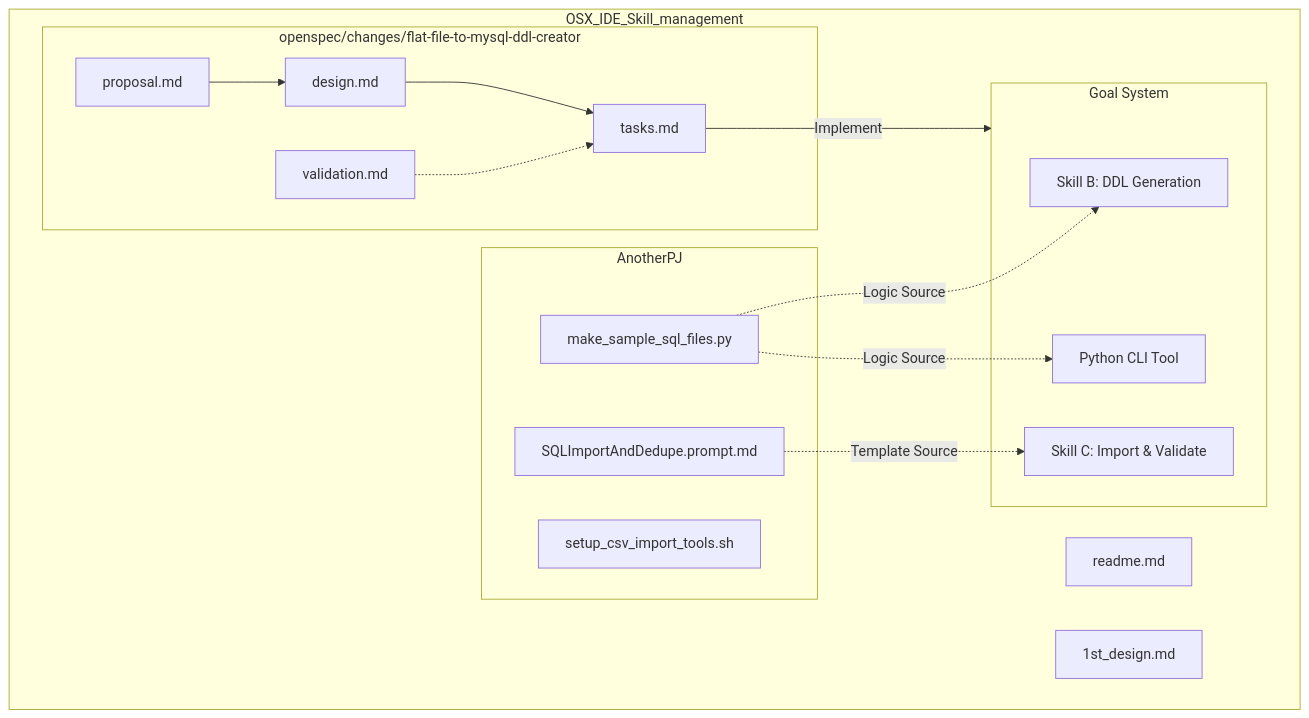
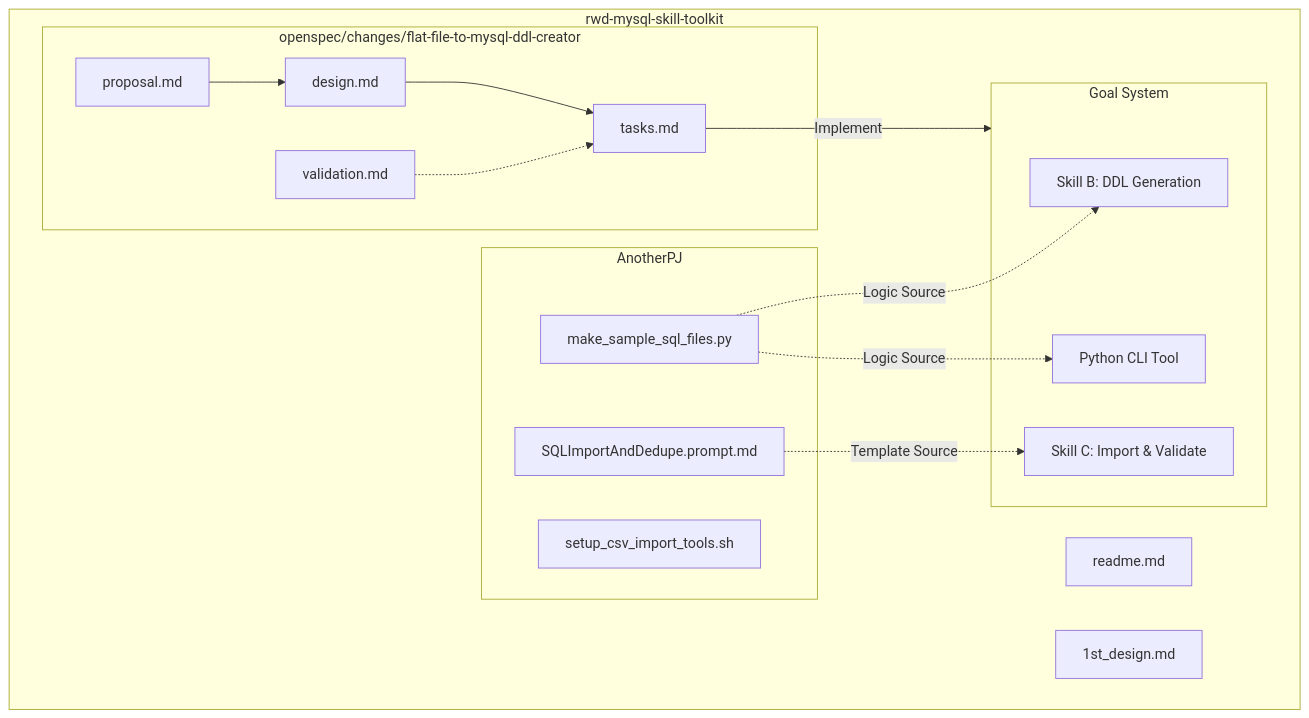
One commit to syrius2000/rwd-mysql-skill-toolkit changed the first of 2 diagrams in docs/Archive/04_flat_file_mysql_skills/walkthrough0217_0020.md. Above: the diagram before and after it, drawn with Mermaid. The commit also changed other lines of this file and 6 other files, not shown here.

Commit message:
Rename project to rwd-mysql-skill-toolkit and update internal paths

````diff
--- a/docs/Archive/04_flat_file_mysql_skills/walkthrough0217_0020.md
+++ b/docs/Archive/04_flat_file_mysql_skills/walkthrough0217_0020.md
@@ -12,36 +12,36 @@
 ```mermaid
 graph TD
-    subgraph Repo [OSX_IDE_Skill_management]
+    subgraph Repo [rwd-mysql-skill-toolkit]
         README[readme.md]
         Design1[1st_design.md]
 
         subgraph OpenSpec [openspec/changes/flat-file-to-mysql-ddl-creator]
             Prop[proposal.md]
             Design[design.md]
             Tasks[tasks.md]
             Valid[validation.md]
         end
 
         subgraph Assets [AnotherPJ]
             PyScript[make_sample_sql_files.py]
             Prompt[SQLImportAndDedupe.prompt.md]
             Setup[setup_csv_import_tools.sh]
         end
 
         subgraph Target [Goal System]
             SkillB[Skill B: DDL Generation]
             SkillC[Skill C: Import & Validate]
             CLI[Python CLI Tool]
         end
 
         Prop --> Design
         Design --> Tasks
         Valid -.-> Tasks
 
         PyScript -.->|Logic Source| SkillB
         PyScript -.->|Logic Source| CLI
         Prompt -.->|Template Source| SkillC
 
         Tasks -->|Implement| Target
     end
 ```
````
